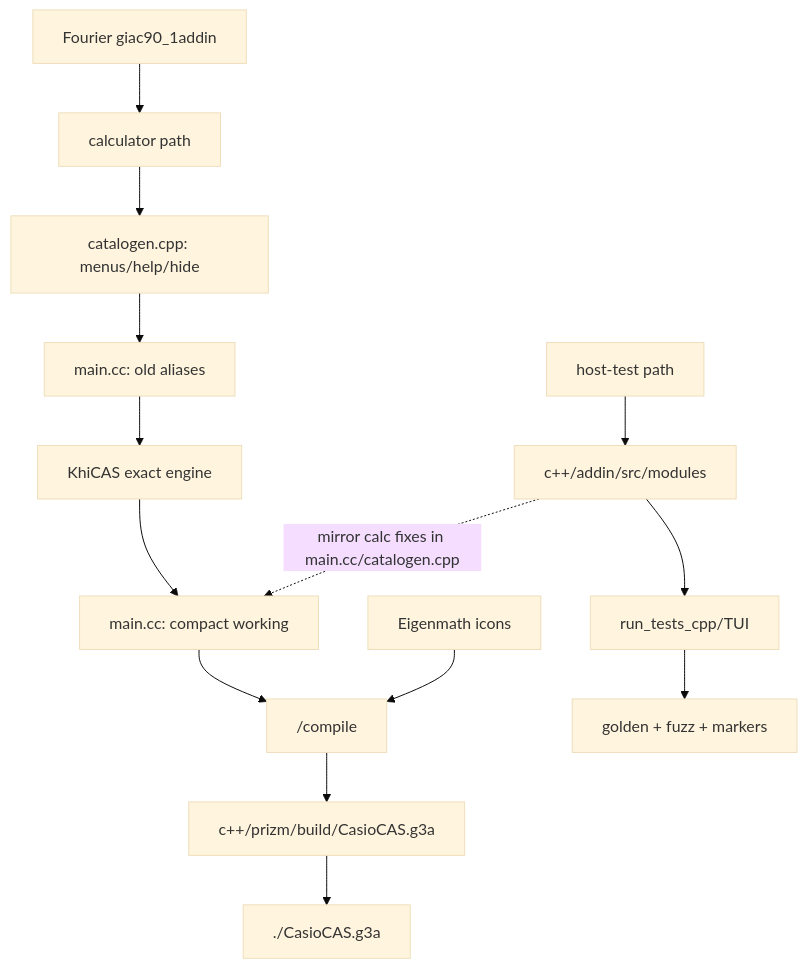
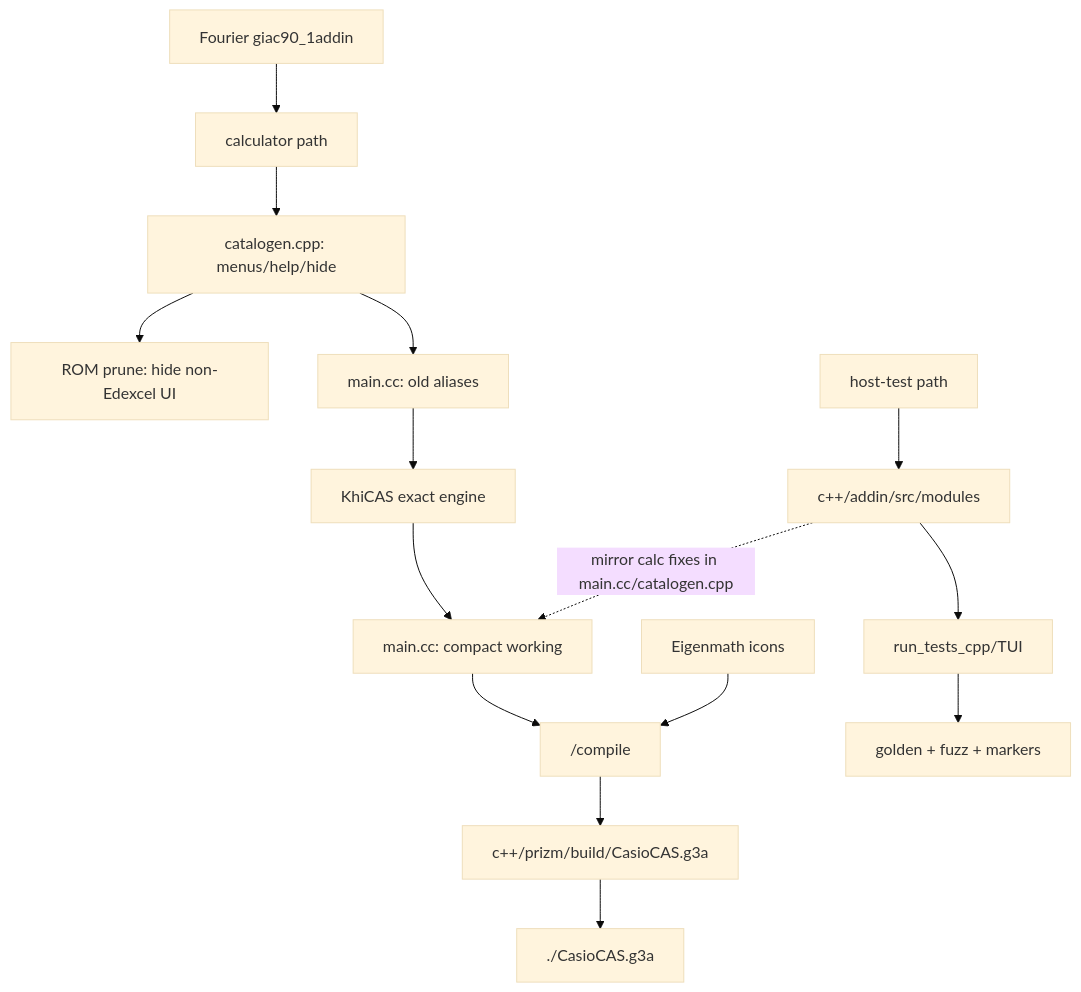
One commit to james8464/notes-addin-casio-fx-cg50 changed the first of 7 diagrams in c++/GRAPH.md. Above: the diagram before and after it, drawn with Mermaid (base theme). The commit also changed other lines of this file and 6 other files, not shown here.

````diff
--- a/c++/GRAPH.md
+++ b/c++/GRAPH.md
@@ -3,17 +3,18 @@
 ```mermaid
 graph TD
   Src["Fourier giac90_1addin"] --> Calc["calculator path"]
   Calc --> Cat["catalogen.cpp: menus/help/hide"]
+  Cat --> Prune["ROM prune: hide non-Edexcel UI"]
   Cat --> Alias["main.cc: old aliases"]
   Alias --> Giac["KhiCAS exact engine"]
   Giac --> Work["main.cc: compact working"]
   Work --> Build["/compile"]
   Build --> G3A["c++/prizm/build/CasioCAS.g3a"]
   G3A --> Root["./CasioCAS.g3a"]
   Icons["Eigenmath icons"] --> Build
 
   Host["host-test path"] --> Mods["c++/addin/src/modules"]
   Mods --> TUI["run_tests_cpp/TUI"]
   TUI --> Gates["golden + fuzz + markers"]
   Mods -. "mirror calc fixes in main.cc/catalogen.cpp" .-> Work
 ```
````
